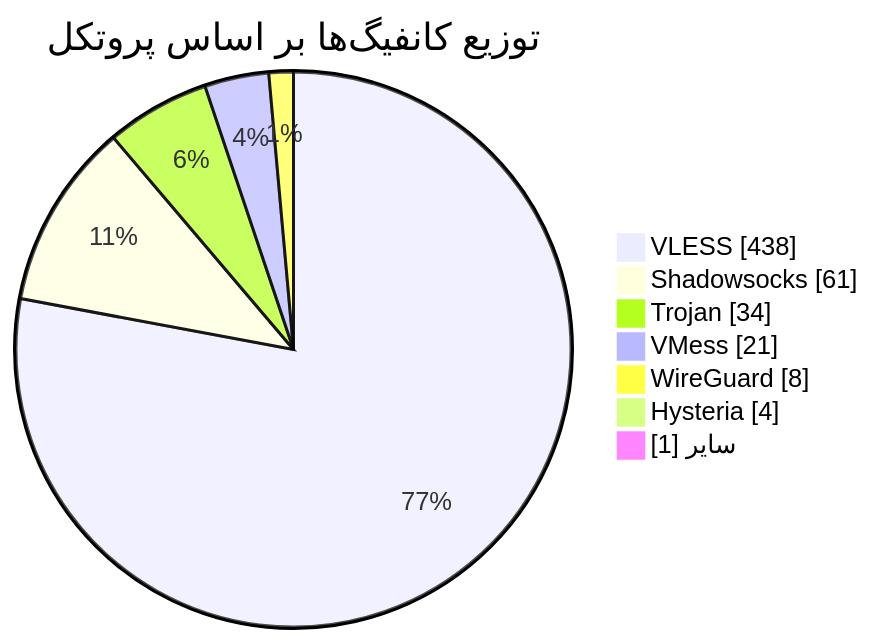
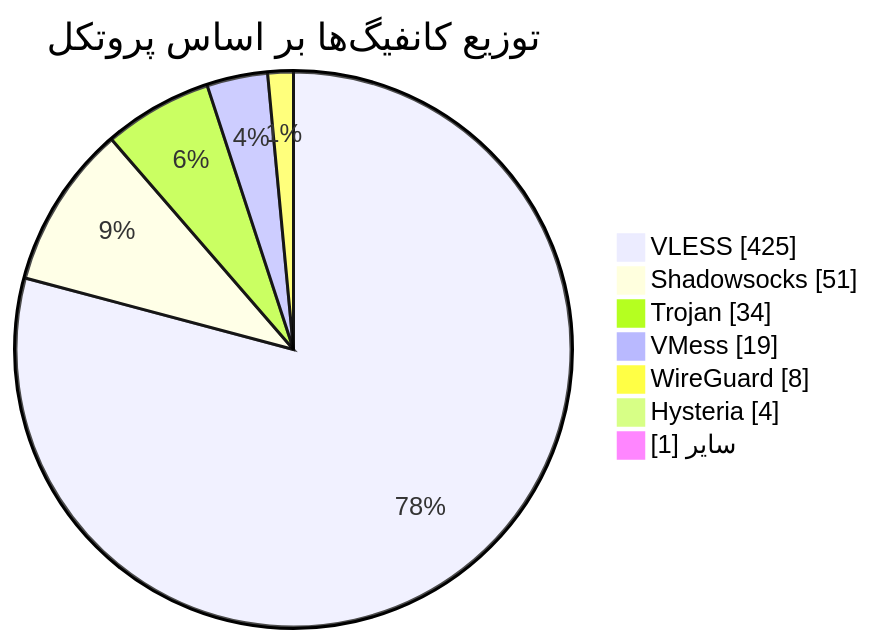
One commit to Arian-Alijani/Somthing changed the diagram in README.md. Above: the diagram before and after it, drawn with Mermaid. The commit also changed other lines of this file and 81 other files, not shown here.

````diff
--- a/README.md
+++ b/README.md
@@ -49,11 +49,11 @@
 ```mermaid
 pie showData
     title توزیع کانفیگ‌ها بر اساس پروتکل
-    "VLESS" : 438
-    "Shadowsocks" : 61
+    "VLESS" : 425
+    "Shadowsocks" : 51
     "Trojan" : 34
-    "VMess" : 21
+    "VMess" : 19
     "WireGuard" : 8
     "Hysteria" : 4
     "سایر" : 1
 ```
````
